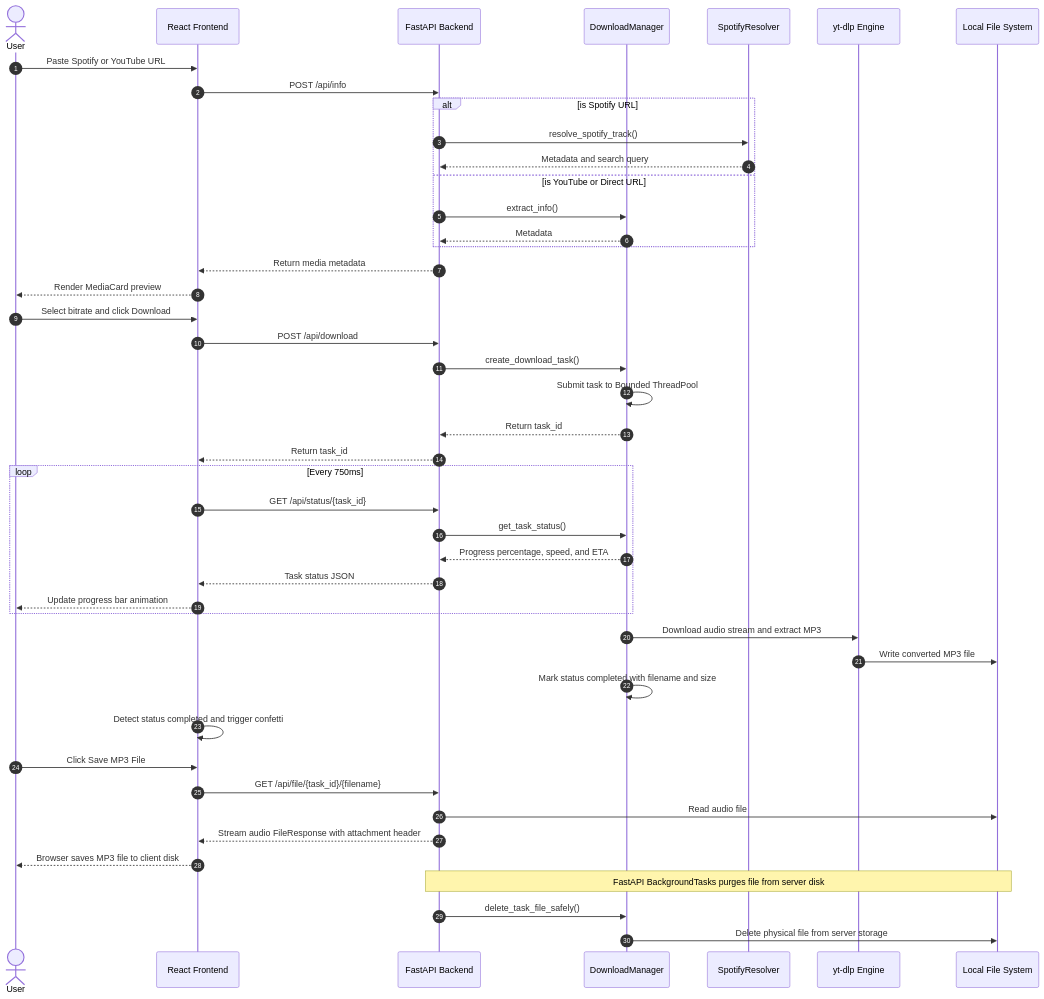
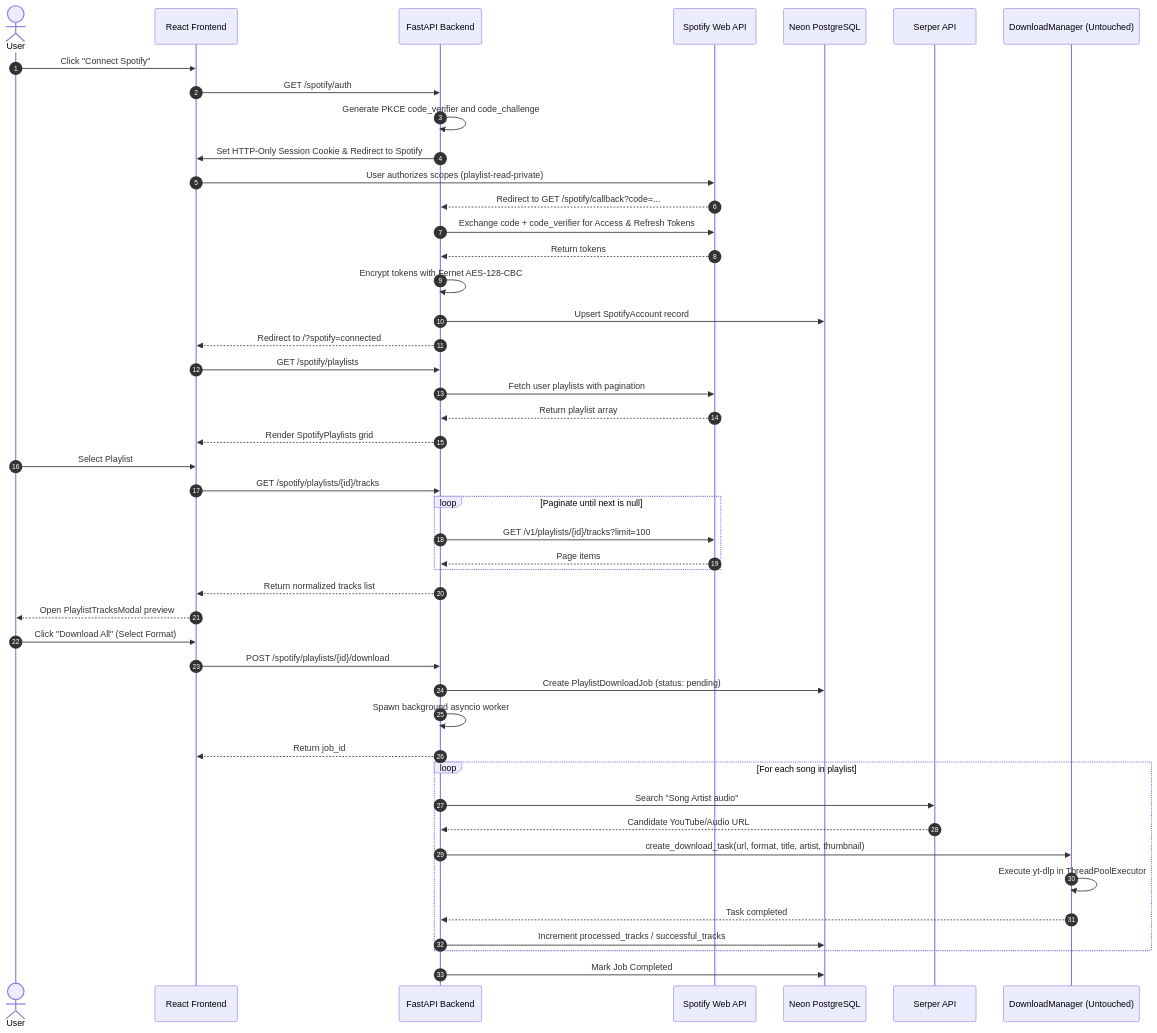
The second of 2 diagrams in ARCHITECTURE.md (learnthusalearner/TuneFetch), drawn with Mermaid before and after one commit. The commit also changed other lines of this file and 23 other files, not shown here.

Commit message:
feat: integrate Neon PostgreSQL, Spotify OAuth 2.0 PKCE, Serper candidate resolution, and batch playlist downloader

````diff
--- a/ARCHITECTURE.md
+++ b/ARCHITECTURE.md
@@ -60,57 +71,60 @@
 ```mermaid
 sequenceDiagram
     autonumber
     actor User
     participant Frontend as React Frontend
     participant API as FastAPI Backend
-    participant Downloader as DownloadManager
-    participant Spotify as SpotifyResolver
-    participant YTDLP as yt-dlp Engine
-    participant FS as Local File System
+    participant SpotifyAPI as Spotify Web API
+    participant NeonDB as Neon PostgreSQL
+    participant Serper as Serper API
+    participant Downloader as DownloadManager (Untouched)
 
-    %% 1. Metadata Phase
-    User->>Frontend: Paste Spotify or YouTube URL
-    Frontend->>API: POST /api/info
-    alt is Spotify URL
-        API->>Spotify: resolve_spotify_track()
-        Spotify-->>API: Metadata and search query
-    else is YouTube or Direct URL
-        API->>Downloader: extract_info()
-        Downloader-->>API: Metadata
+    %% 1. OAuth PKCE Initiation
+    User->>Frontend: Click "Connect Spotify"
+    Frontend->>API: GET /spotify/auth
+    API->>API: Generate PKCE code_verifier and code_challenge
+    API->>Frontend: Set HTTP-Only Session Cookie & Redirect to Spotify
+    Frontend->>SpotifyAPI: User authorizes scopes (playlist-read-private)
+    SpotifyAPI-->>API: Redirect to GET /spotify/callback?code=...
+
+    %% 2. Token Exchange & Fernet Encryption
+    API->>SpotifyAPI: Exchange code + code_verifier for Access & Refresh Tokens
+    SpotifyAPI-->>API: Return tokens
+    API->>API: Encrypt tokens with Fernet AES-128-CBC
+    API->>NeonDB: Upsert SpotifyAccount record
+    API-->>Frontend: Redirect to /?spotify=connected
+
+    %% 3. Playlist Fetching & Pagination
+    Frontend->>API: GET /spotify/playlists
+    API->>SpotifyAPI: Fetch user playlists with pagination
+    SpotifyAPI-->>API: Return playlist array
+    API-->>Frontend: Render SpotifyPlaylists grid
+
+    %% 4. Track Inspection (Up to 1,400+ tracks)
+    User->>Frontend: Select Playlist
+    Frontend->>API: GET /spotify/playlists/{id}/tracks
+    loop Paginate until next is null
+        API->>SpotifyAPI: GET /v1/playlists/{id}/tracks?limit=100
+        SpotifyAPI-->>API: Page items
     end
-    API-->>Frontend: Return media metadata
-    Frontend-->>User: Render MediaCard preview
+    API-->>Frontend: Return normalized tracks list
+    Frontend-->>User: Open PlaylistTracksModal preview
 
-    %% 2. Download Phase
-    User->>Frontend: Select bitrate and click Download
-    Frontend->>API: POST /api/download
-    API->>Downloader: create_download_task()
-    Downloader->>Downloader: Submit task to Bounded ThreadPool
-    Downloader-->>API: Return task_id
-    API-->>Frontend: Return task_id
+    %% 5. Batch Download Dispatch
+    User->>Frontend: Click "Download All" (Select Format)
+    Frontend->>API: POST /spotify/playlists/{id}/download
+    API->>NeonDB: Create PlaylistDownloadJob (status: pending)
+    API->>API: Spawn background asyncio worker
+    API-->>Frontend: Return job_id
 
-    %% 3. Polling & Progress Phase
-    loop Every 750ms
-        Frontend->>API: GET /api/status/{task_id}
-        API->>Downloader: get_task_status()
-        Downloader-->>API: Progress percentage, speed, and ETA
-        API-->>Frontend: Task status JSON
-        Frontend-->>User: Update progress bar animation
+    %% 6. Worker Execution: Serper -> yt-dlp
+    loop For each song in playlist
+        API->>Serper: Search "Song Artist audio"
+        Serper-->>API: Candidate YouTube/Audio URL
+        API->>Downloader: create_download_task(url, format, title, artist, thumbnail)
+        Downloader->>Downloader: Execute yt-dlp in ThreadPoolExecutor
+        Downloader-->>API: Task completed
+        API->>NeonDB: Increment processed_tracks / successful_tracks
     end
-
-    %% 4. Execution & Conversion
-    Downloader->>YTDLP: Download audio stream and extract MP3
-    YTDLP->>FS: Write converted MP3 file
-    Downloader->>Downloader: Mark status completed with filename and size
-
-    %% 5. File Retrieval & Auto-Purge Phase
-    Frontend->>Frontend: Detect status completed and trigger confetti
-    User->>Frontend: Click Save MP3 File
-    Frontend->>API: GET /api/file/{task_id}/{filename}
-    API->>FS: Read audio file
-    API-->>Frontend: Stream audio FileResponse with attachment header
-    Frontend-->>User: Browser saves MP3 file to client disk
-    Note over API,FS: FastAPI BackgroundTasks purges file from server disk
-    API->>Downloader: delete_task_file_safely()
-    Downloader->>FS: Delete physical file from server storage
+    API->>NeonDB: Mark Job Completed
 ```
````
